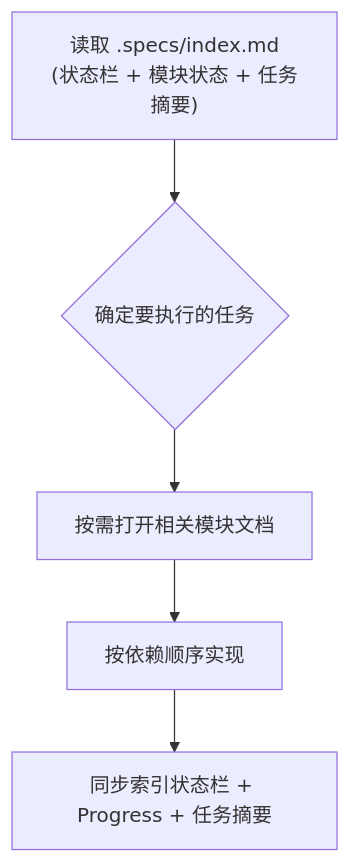
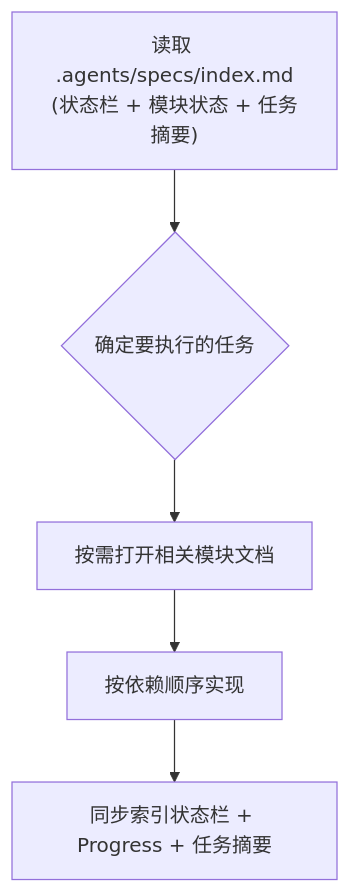
Before and after one commit to xypur/specs-workflow: the diagram in zh/SKILL.zh.md, drawn with Mermaid. The commit also changed other lines of this file and 37 other files, not shown here.

Commit message:
Move spec root from .specs to .agents/specs

````diff
--- a/zh/SKILL.zh.md
+++ b/zh/SKILL.zh.md
@@ -21,7 +21,7 @@
 ```mermaid
 flowchart TD
-    A["读取 .specs/index.md<br/>(状态栏 + 模块状态 + 任务摘要)"] --> B{"确定要执行的任务"}
+    A["读取 .agents/specs/index.md<br/>(状态栏 + 模块状态 + 任务摘要)"] --> B{"确定要执行的任务"}
     B --> C["按需打开相关模块文档"]
     C --> D["按依赖顺序实现"]
     D --> E["同步索引状态栏 + Progress + 任务摘要"]
 ```
````
